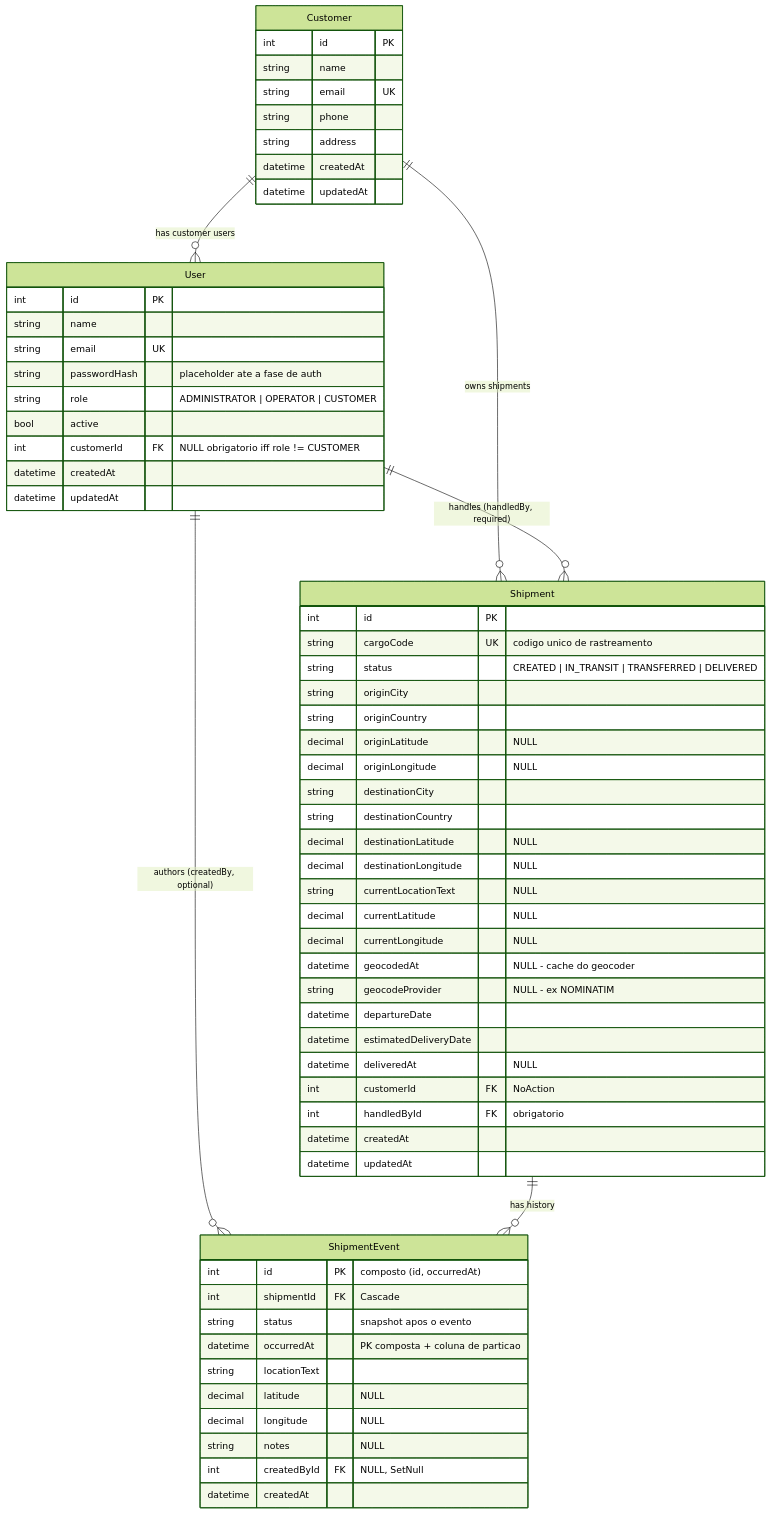
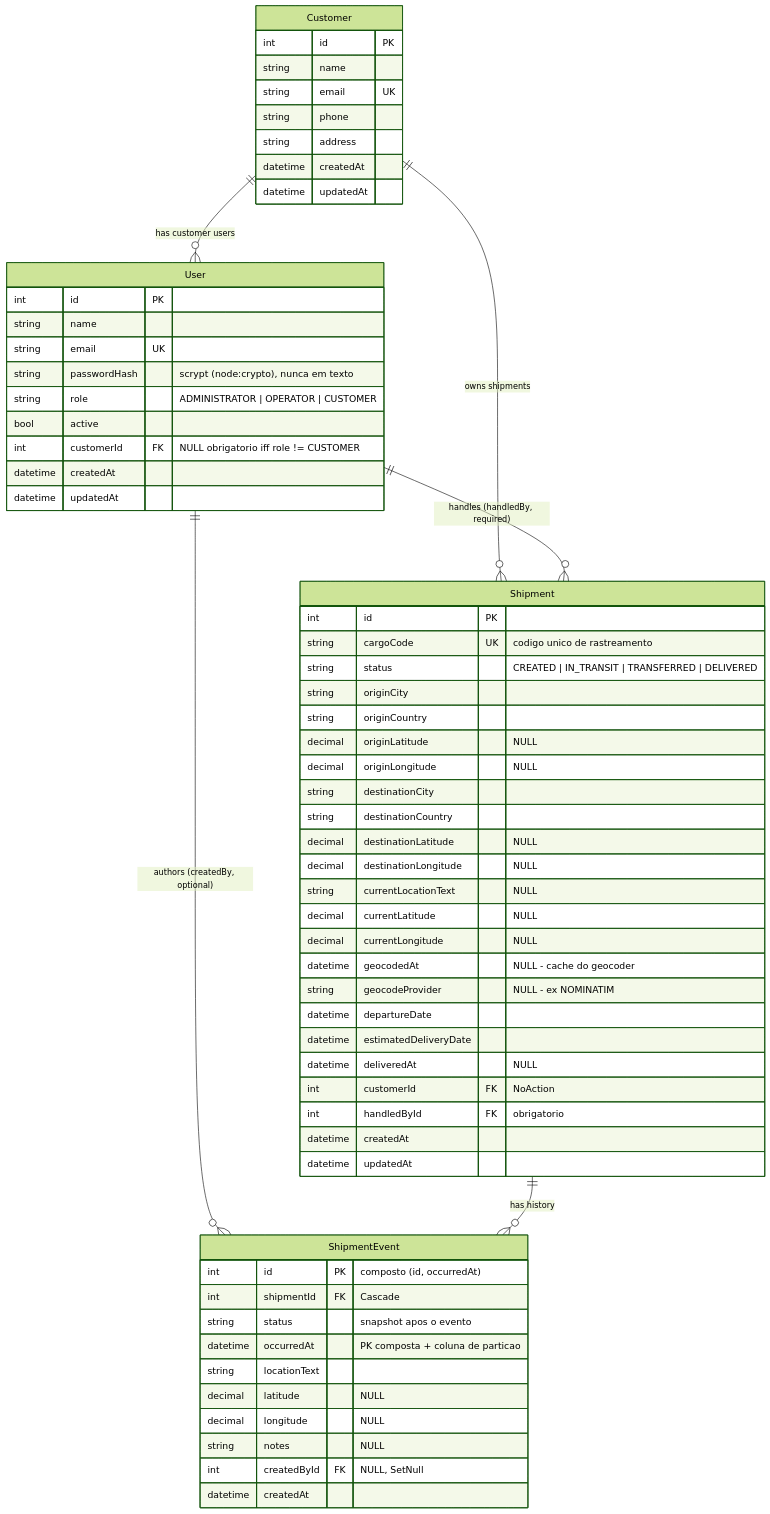
The diagram in docs/DATABASE.md (wellingtonfds/shipment-tracking-service), drawn with Mermaid (forest theme) before and after one commit. The commit also changed other lines of this file and 48 other files, not shown here.

````diff
--- a/docs/DATABASE.md
+++ b/docs/DATABASE.md
@@ -23,66 +23,66 @@
 ```mermaid
 erDiagram
     Customer ||--o{ User : "has customer users"
     Customer ||--o{ Shipment : "owns shipments"
     User ||--o{ Shipment : "handles (handledBy, required)"
     User ||--o{ ShipmentEvent : "authors (createdBy, optional)"
     Shipment ||--o{ ShipmentEvent : "has history"
 
     Customer {
         int id PK
         string name
         string email UK
         string phone
         string address
         datetime createdAt
         datetime updatedAt
     }
     User {
         int id PK
         string name
         string email UK
-        string passwordHash "placeholder ate a fase de auth"
+        string passwordHash "scrypt (node:crypto), nunca em texto"
         string role "ADMINISTRATOR | OPERATOR | CUSTOMER"
         bool active
         int customerId FK "NULL obrigatorio iff role != CUSTOMER"
         datetime createdAt
         datetime updatedAt
     }
     Shipment {
         int id PK
         string cargoCode UK "codigo unico de rastreamento"
         string status "CREATED | IN_TRANSIT | TRANSFERRED | DELIVERED"
         string originCity
         string originCountry
         decimal originLatitude "NULL"
         decimal originLongitude "NULL"
         string destinationCity
         string destinationCountry
         decimal destinationLatitude "NULL"
         decimal destinationLongitude "NULL"
         string currentLocationText "NULL"
         decimal currentLatitude "NULL"
         decimal currentLongitude "NULL"
         datetime geocodedAt "NULL - cache do geocoder"
         string geocodeProvider "NULL - ex NOMINATIM"
         datetime departureDate
         datetime estimatedDeliveryDate
         datetime deliveredAt "NULL"
         int customerId FK "NoAction"
         int handledById FK "obrigatorio"
         datetime createdAt
         datetime updatedAt
     }
     ShipmentEvent {
         int id PK "composto (id, occurredAt)"
         int shipmentId FK "Cascade"
         string status "snapshot apos o evento"
         datetime occurredAt "PK composta + coluna de particao"
         string locationText
         decimal latitude "NULL"
         decimal longitude "NULL"
         string notes "NULL"
         int createdById FK "NULL, SetNull"
         datetime createdAt
     }
 ```
````
